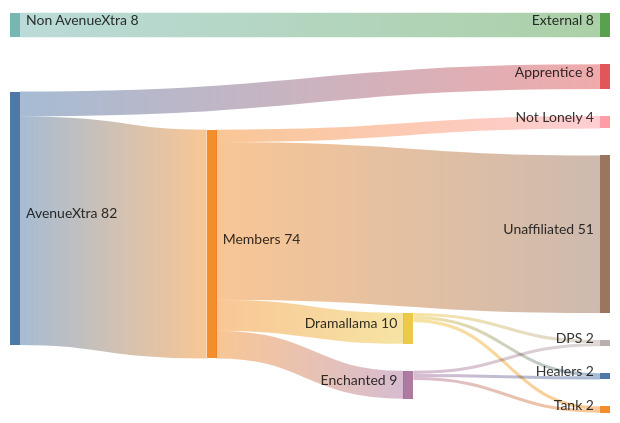
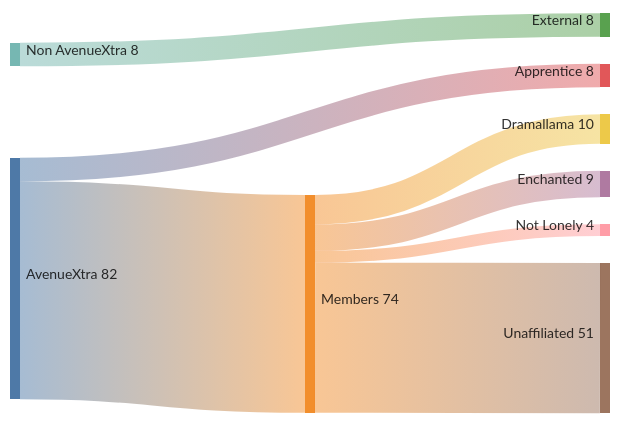
One commit to gns168/wwm168 changed the first of 3 diagrams in content/Guild/Sankey.md. Above: the diagram before and after it, drawn with Mermaid. The commit also changed other lines of this file and 3 other files, not shown here.

````diff
--- a/content/Guild/Sankey.md
+++ b/content/Guild/Sankey.md
@@ -12,21 +14,12 @@
 ```mermaid
 sankey-beta
 
 AvenueXtra, Members, 74
 AvenueXtra, Apprentice, 8
 Non AvenueXtra, External, 8
 
 Members, Dramallama, 10
 Members, Enchanted,  9
 Members, Not Lonely,  4
 Members, Unaffiliated, 51
-
-Dramallama, DPS, 1
-Dramallama, Healers, 1
-Dramallama, Tank, 1
-
-Enchanted, DPS, 1
-Enchanted, Healers, 1
-Enchanted, Tank, 1
-
 ```
````
